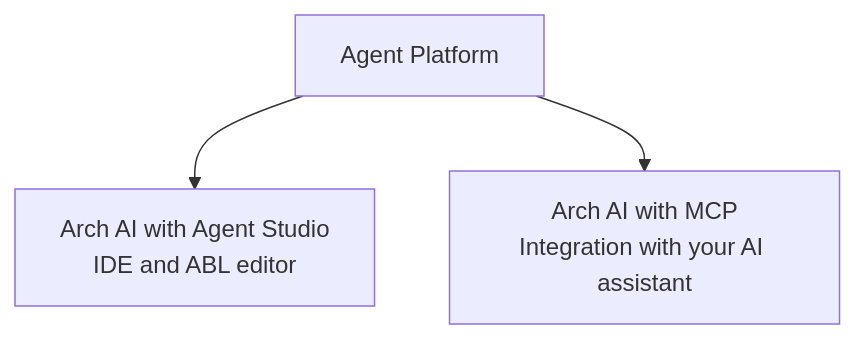
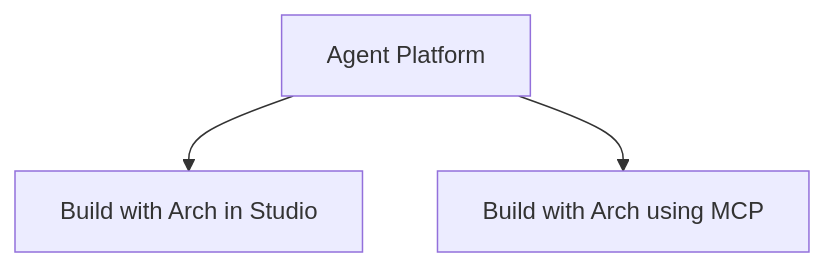
The diagram in agent-platform/getting-started.mdx (Koredotcom/docs-v2), drawn with Mermaid before and after one commit. The commit also changed other lines of this file and 3 other files, not shown here.

Commit message:
updated build with arch section in GS topic

````diff
--- a/agent-platform/getting-started.mdx
+++ b/agent-platform/getting-started.mdx
@@ -20,6 +12,6 @@
 ```mermaid actions={false}
 flowchart TD
     P["Agent Platform"]
-    P --> B["Arch AI with Agent Studio<br />IDE and ABL editor"]
-    P --> C["Arch AI with MCP<br />Integration with your AI assistant"]
+    P --> B["Build with Arch in Studio"]
+    P --> C["Build with Arch using MCP"]
 ```
````
